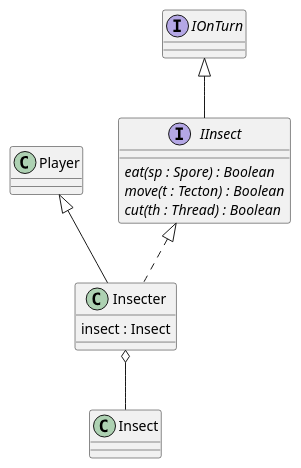
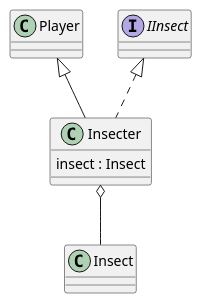
The diagram in 4/classes/player/insecter.puml (Petya-G/fungorium), drawn with PlantUML before and after one commit. The commit also changed 18 other files, not shown here.

```diff
--- a/4/classes/player/insecter.puml
+++ b/4/classes/player/insecter.puml
@@ -1,14 +1,8 @@
 @startuml insecter
-
-interface IInsect implements IOnTurn{
-    {abstract} eat(sp : Spore) : Boolean
-    {abstract} move(t : Tecton) : Boolean
-    {abstract} cut(th : Thread) : Boolean
-}
 
 Insecter o-- Insect
 class Insecter extends Player implements IInsect{
     insect : Insect
 }
 
 @enduml
```
